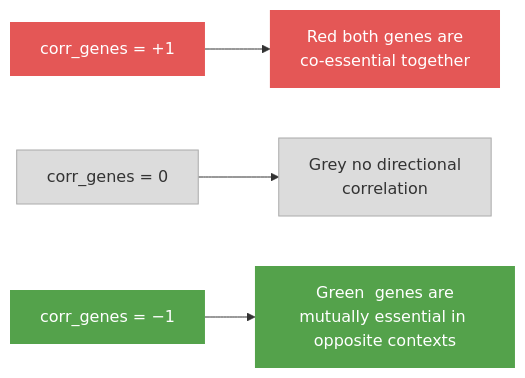
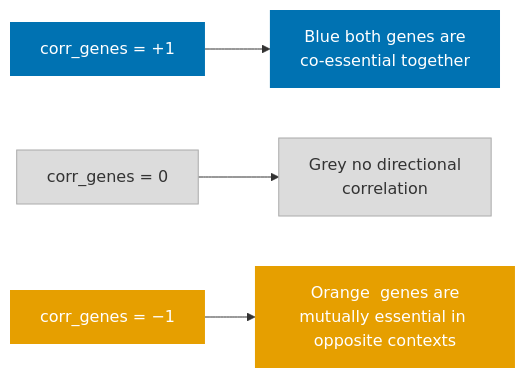
Before and after one commit to EMBL-EBI-ABC/PerturbationCatalogue: the third of 3 diagrams in coessentiality_feature/documentation/single_gene_workflow.md, drawn with Mermaid. The commit also changed other lines of this file and 2 other files, not shown here.

Commit message:
update readme and workflow md

````diff
--- a/coessentiality_feature/documentation/single_gene_workflow.md
+++ b/coessentiality_feature/documentation/single_gene_workflow.md
@@ -63,11 +63,11 @@
 ```mermaid
 flowchart LR
 
-classDef pos fill:#E45756,color:#fff,stroke:none
+classDef pos fill:#0072B2,color:#fff,stroke:none
 classDef neu fill:#DCDCDC,color:#333,stroke:#aaa
-classDef neg fill:#54A24B,color:#fff,stroke:none
+classDef neg fill:#E69F00,color:#fff,stroke:none
 
-A[corr_genes = +1]:::pos --> B[Red  both genes are\nco-essential together]:::pos
+A[corr_genes = +1]:::pos --> B[Blue  both genes are\nco-essential together]:::pos
 C[corr_genes = 0]:::neu --> D[Grey  no directional\ncorrelation]:::neu
-E[corr_genes = −1]:::neg --> F[Green  genes are\nmutually essential in opposite contexts]:::neg
+E[corr_genes = −1]:::neg --> F[Orange  genes are\nmutually essential in opposite contexts]:::neg
 ```
````
